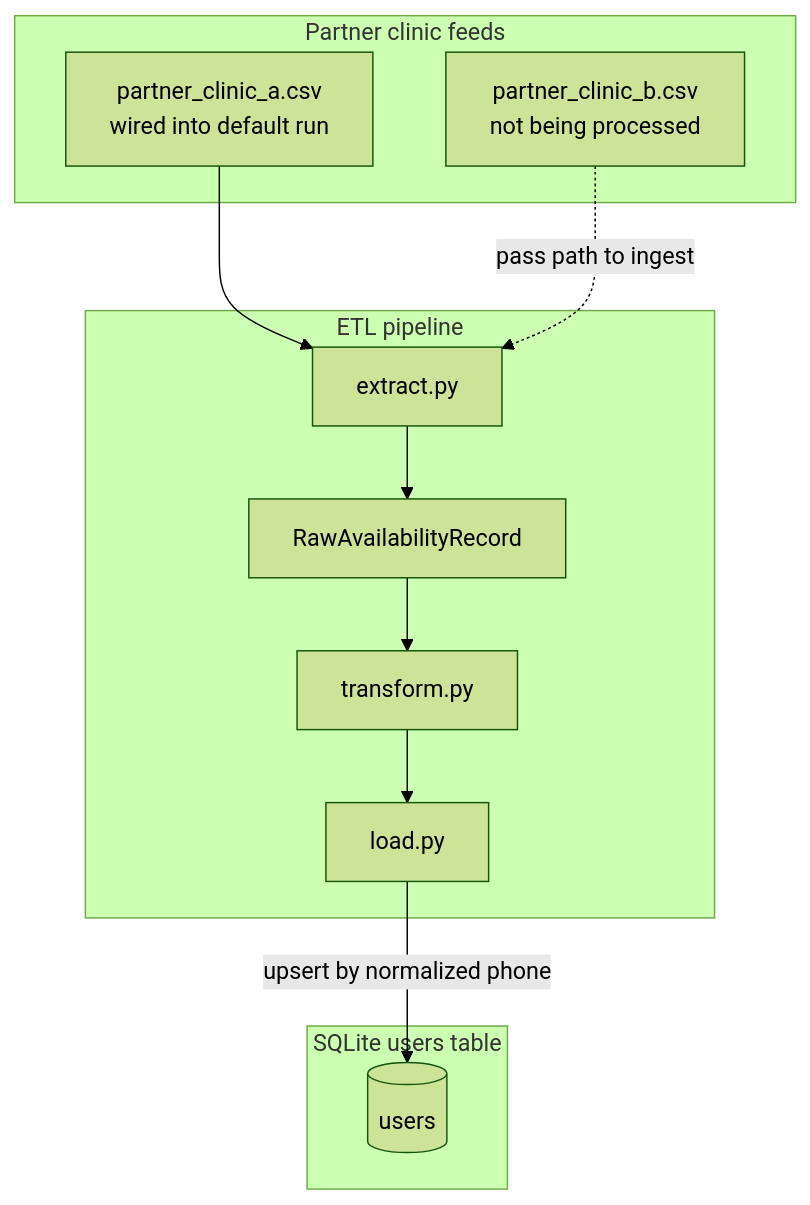
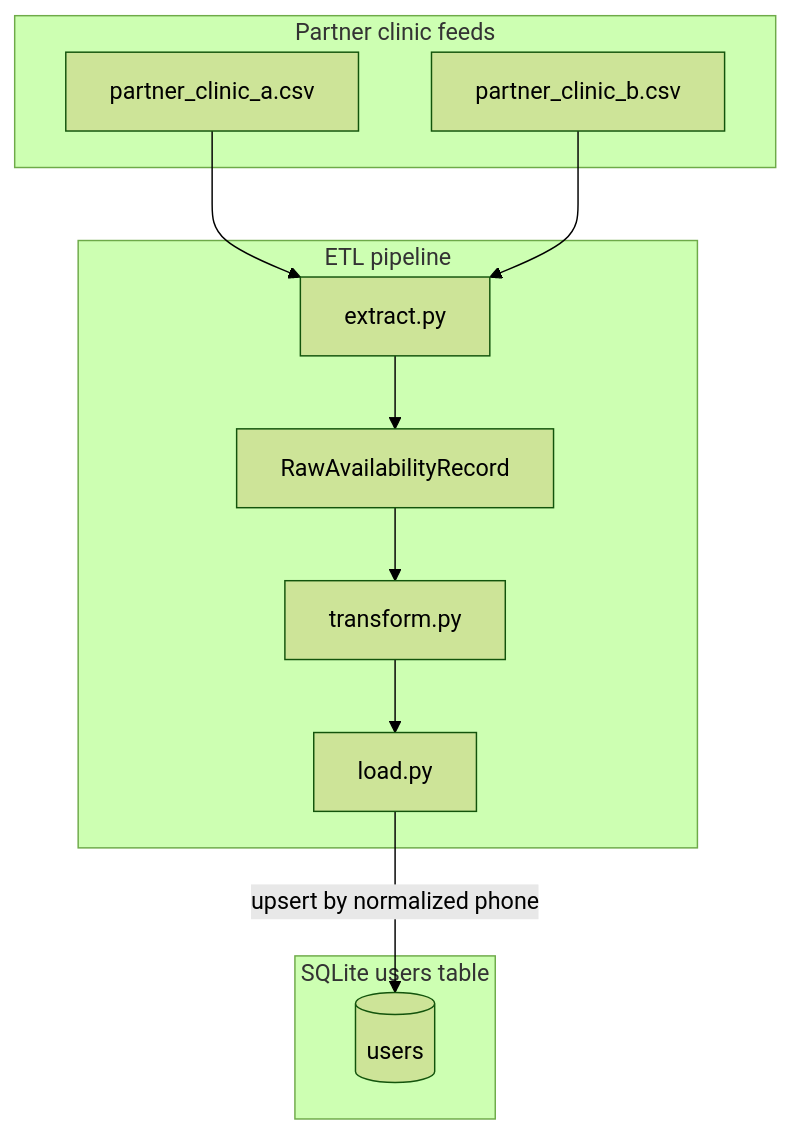
The diagram in etl/README.md (cityblock/cbh-tech-interview), drawn with Mermaid (forest theme) before and after one commit. The commit also changed other lines of this file and 3 other files, not shown here.

````diff
--- a/etl/README.md
+++ b/etl/README.md
@@ -50,25 +46,25 @@
 ```mermaid
 flowchart TB
     subgraph feeds ["Partner clinic feeds"]
-        feed_a["partner_clinic_a.csv<br>wired into default run"]
-        feed_b["partner_clinic_b.csv<br>not being processed"]
+        feed_a["partner_clinic_a.csv"]
+        feed_b["partner_clinic_b.csv"]
     end
 
     subgraph etl ["ETL pipeline"]
         extract["extract.py"]
         record["RawAvailabilityRecord"]
         transform["transform.py"]
         load["load.py"]
         extract --> record
         record --> transform
         transform --> load
     end
 
     subgraph storage ["SQLite users table"]
         users[("users")]
     end
 
     feed_a --> extract
-    feed_b -. "pass path to ingest" .-> extract
+    feed_b --> extract
     load -->|"upsert by normalized phone"| users
 ```
````
